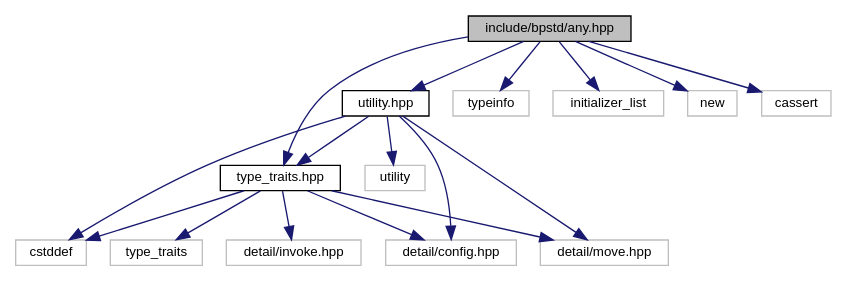
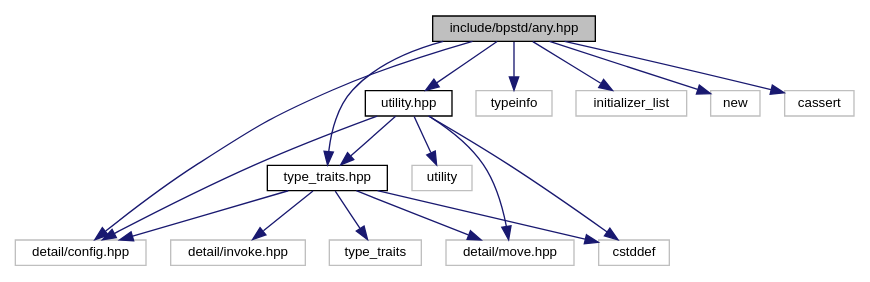
One commit to bitwizeshift/BackportCpp changed the diagram in api/latest/d5/dc4/any_8hpp__incl.dot. Above: the diagram before and after it, drawn with Graphviz. The commit also changed 183 other files, not shown here.

```diff
--- a/api/latest/d5/dc4/any_8hpp__incl.dot
+++ b/api/latest/d5/dc4/any_8hpp__incl.dot
@@ -1,34 +1,35 @@
 digraph "include/bpstd/any.hpp"
 {
   edge [fontname="Helvetica",fontsize="10",labelfontname="Helvetica",labelfontsize="10"];
   node [fontname="Helvetica",fontsize="10",shape=record];
   Node0 [label="include/bpstd/any.hpp",height=0.2,width=0.4,color="black", fillcolor="grey75", style="filled", fontcolor="black"];
   Node0 -> Node1 [color="midnightblue",fontsize="10",style="solid",fontname="Helvetica"];
-  Node1 [label="type_traits.hpp",height=0.2,width=0.4,color="black", fillcolor="white", style="filled",URL="$dc/d54/type__traits_8hpp.html",tooltip="This header provides definitions from the C++ header <type_traits> "];
-  Node1 -> Node2 [color="midnightblue",fontsize="10",style="solid",fontname="Helvetica"];
-  Node2 [label="detail/config.hpp",height=0.2,width=0.4,color="grey75", fillcolor="white", style="filled"];
-  Node1 -> Node3 [color="midnightblue",fontsize="10",style="solid",fontname="Helvetica"];
+  Node1 [label="detail/config.hpp",height=0.2,width=0.4,color="grey75", fillcolor="white", style="filled"];
+  Node0 -> Node2 [color="midnightblue",fontsize="10",style="solid",fontname="Helvetica"];
+  Node2 [label="type_traits.hpp",height=0.2,width=0.4,color="black", fillcolor="white", style="filled",URL="$dc/d54/type__traits_8hpp.html",tooltip="This header provides definitions from the C++ header <type_traits> "];
+  Node2 -> Node1 [color="midnightblue",fontsize="10",style="solid",fontname="Helvetica"];
+  Node2 -> Node3 [color="midnightblue",fontsize="10",style="solid",fontname="Helvetica"];
   Node3 [label="detail/move.hpp",height=0.2,width=0.4,color="grey75", fillcolor="white", style="filled"];
-  Node1 -> Node4 [color="midnightblue",fontsize="10",style="solid",fontname="Helvetica"];
+  Node2 -> Node4 [color="midnightblue",fontsize="10",style="solid",fontname="Helvetica"];
   Node4 [label="detail/invoke.hpp",height=0.2,width=0.4,color="grey75", fillcolor="white", style="filled"];
-  Node1 -> Node5 [color="midnightblue",fontsize="10",style="solid",fontname="Helvetica"];
+  Node2 -> Node5 [color="midnightblue",fontsize="10",style="solid",fontname="Helvetica"];
   Node5 [label="type_traits",height=0.2,width=0.4,color="grey75", fillcolor="white", style="filled"];
-  Node1 -> Node6 [color="midnightblue",fontsize="10",style="solid",fontname="Helvetica"];
+  Node2 -> Node6 [color="midnightblue",fontsize="10",style="solid",fontname="Helvetica"];
   Node6 [label="cstddef",height=0.2,width=0.4,color="grey75", fillcolor="white", style="filled"];
   Node0 -> Node7 [color="midnightblue",fontsize="10",style="solid",fontname="Helvetica"];
   Node7 [label="utility.hpp",height=0.2,width=0.4,color="black", fillcolor="white", style="filled",URL="$d1/d4e/utility_8hpp.html",tooltip="This header provides definitions from the C++ header <utility> "];
+  Node7 -> Node1 [color="midnightblue",fontsize="10",style="solid",fontname="Helvetica"];
+  Node7 -> Node3 [color="midnightblue",fontsize="10",style="solid",fontname="Helvetica"];
   Node7 -> Node2 [color="midnightblue",fontsize="10",style="solid",fontname="Helvetica"];
-  Node7 -> Node3 [color="midnightblue",fontsize="10",style="solid",fontname="Helvetica"];
-  Node7 -> Node1 [color="midnightblue",fontsize="10",style="solid",fontname="Helvetica"];
   Node7 -> Node8 [color="midnightblue",fontsize="10",style="solid",fontname="Helvetica"];
   Node8 [label="utility",height=0.2,width=0.4,color="grey75", fillcolor="white", style="filled"];
   Node7 -> Node6 [color="midnightblue",fontsize="10",style="solid",fontname="Helvetica"];
   Node0 -> Node9 [color="midnightblue",fontsize="10",style="solid",fontname="Helvetica"];
   Node9 [label="typeinfo",height=0.2,width=0.4,color="grey75", fillcolor="white", style="filled"];
   Node0 -> Node10 [color="midnightblue",fontsize="10",style="solid",fontname="Helvetica"];
   Node10 [label="initializer_list",height=0.2,width=0.4,color="grey75", fillcolor="white", style="filled"];
   Node0 -> Node11 [color="midnightblue",fontsize="10",style="solid",fontname="Helvetica"];
   Node11 [label="new",height=0.2,width=0.4,color="grey75", fillcolor="white", style="filled"];
   Node0 -> Node12 [color="midnightblue",fontsize="10",style="solid",fontname="Helvetica"];
   Node12 [label="cassert",height=0.2,width=0.4,color="grey75", fillcolor="white", style="filled"];
 }
```
